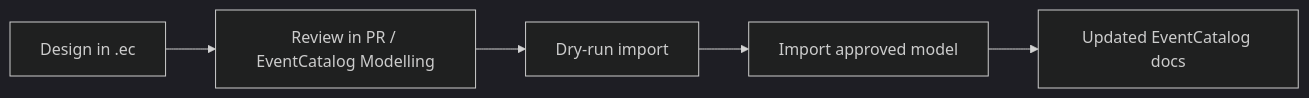
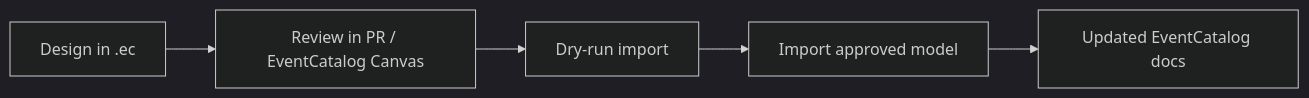
The diagram in packages/language-server/docs/src/content/docs/guides/from-design-to-documentation.md (event-catalog/eventcatalog), drawn with Mermaid (dark theme) before and after one commit. The commit also changed other lines of this file and 45 other files, not shown here.

Commit message:
feat(sdk): hydrate containers in DSL export and rename playground to EventCatalog Canvas (#2228)

````diff
--- a/packages/language-server/docs/src/content/docs/guides/from-design-to-documentation.md
+++ b/packages/language-server/docs/src/content/docs/guides/from-design-to-documentation.md
@@ -8,7 +8,7 @@
 ```mermaid
 flowchart LR
-  A[Design in .ec] --> B[Review in PR / EventCatalog Modelling]
+  A[Design in .ec] --> B[Review in PR / EventCatalog Canvas]
   B --> C[Dry-run import]
   C --> D[Import approved model]
   D --> E[Updated EventCatalog docs]
 ```
````
